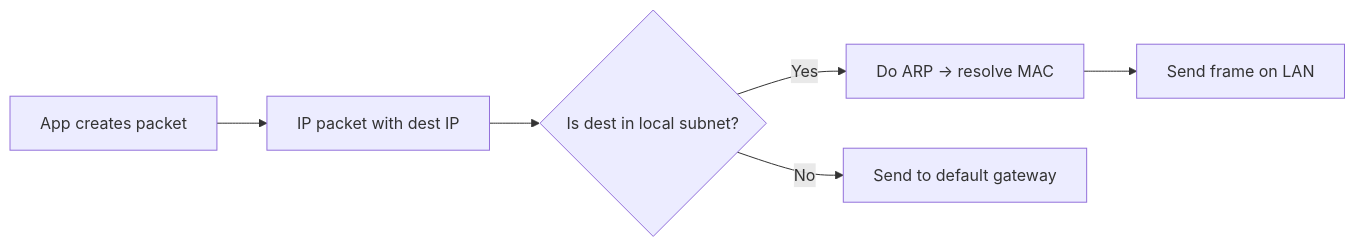
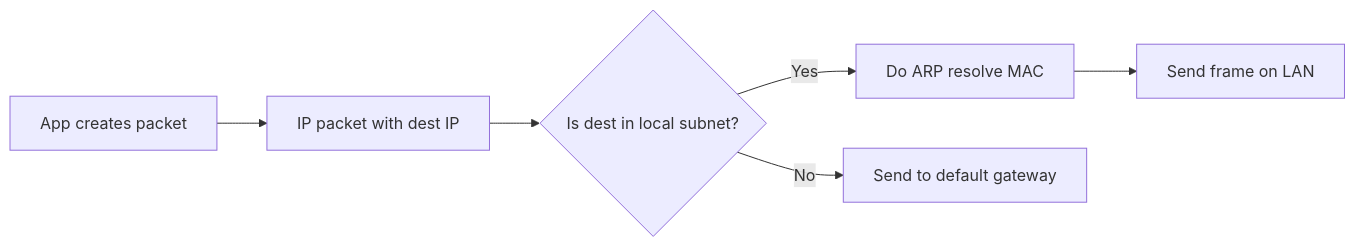
One commit to Swayam-Prakash-Bhuyan/SREDailyChallenge changed the third of 13 diagrams in challenge15.md. Above: the diagram before and after it, drawn with Mermaid. The commit also changed other lines of this file, not shown here.

````diff
--- a/challenge15.md
+++ b/challenge15.md
@@ -186,7 +183,8 @@
 ```mermaid
 flowchart LR
-App[App creates packet] --> IPPkt[IP packet with dest IP]
-IPPkt --> Router{Is dest in local subnet?}
-Router -->|Yes| ARP[Do ARP -> resolve MAC] --> Send[Send frame on LAN]
-Router -->|No| GW[Send to default gateway]
+    App[App creates packet] --> IPPkt[IP packet with dest IP]
+    IPPkt --> Router{Is dest in local subnet?}
+    Router -->|Yes| ARP[Do ARP resolve MAC] 
+    ARP --> Send[Send frame on LAN]
+    Router -->|No| GW[Send to default gateway]
 ```
````
